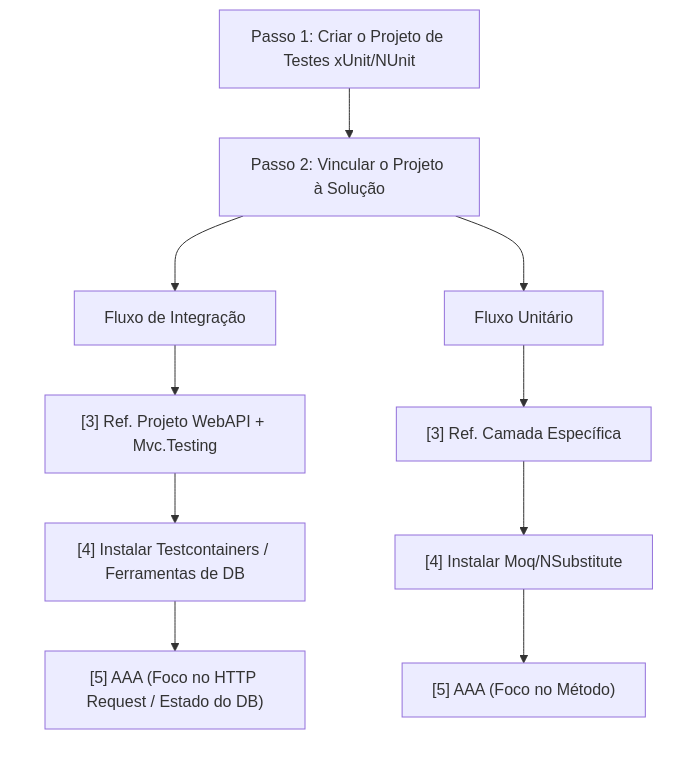
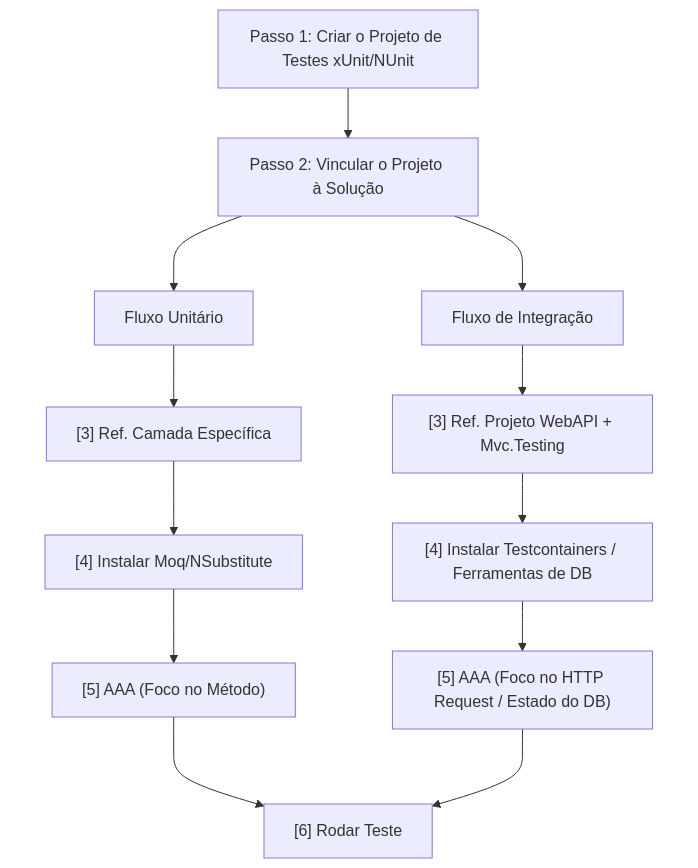
The diagram in POST15.md (najumattos/Estudos-Teoricos), drawn with Mermaid before and after one commit. The commit also changed other lines of this file, not shown here.

````diff
--- a/POST15.md
+++ b/POST15.md
@@ -40,23 +64,24 @@
-```mermaid
+```mermaid 
 graph TD
-    P1[Passo 1: Criar o Projeto de Testes xUnit/NUnit] --> P2[Passo 2: Vincular o Projeto à Solução]
+P1[Passo 1: Criar o Projeto de Testes xUnit/NUnit] --> P2[Passo 2: Vincular o Projeto à Solução]
     
     P2 --> FU[Fluxo Unitário]
     P2 --> FI[Fluxo de Integração]
-    
+    subgraph Integracao [ ]
+        FI --> I3["[3] Ref. Projeto WebAPI + Mvc.Testing"]
+        I3 --> I4["[4] Instalar Testcontainers / Ferramentas de DB"]
+        I4 --> I5["[5] AAA (Foco no HTTP Request / Estado do DB)"]
+    end
     subgraph Unitario [ ]
         FU --> U3["[3] Ref. Camada Específica"]
         U3 --> U4["[4] Instalar Moq/NSubstitute"]
         U4 --> U5["[5] AAA (Foco no Método)"]
     end
+				U5 --> P3["[6] Rodar Teste"]
+				I5 --> P3
     
-    subgraph Integracao [ ]
-        FI --> I3["[3] Ref. Projeto WebAPI + Mvc.Testing"]
-        I3 --> I4["[4] Instalar Testcontainers / Ferramentas de DB"]
-        I4 --> I5["[5] AAA (Foco no HTTP Request / Estado do DB)"]
-    end
 
     %% Estilização para manter o visual limpo e profissional
     style Unitario fill:none,stroke:none;
     style Integracao fill:none,stroke:none;
 ```
````
